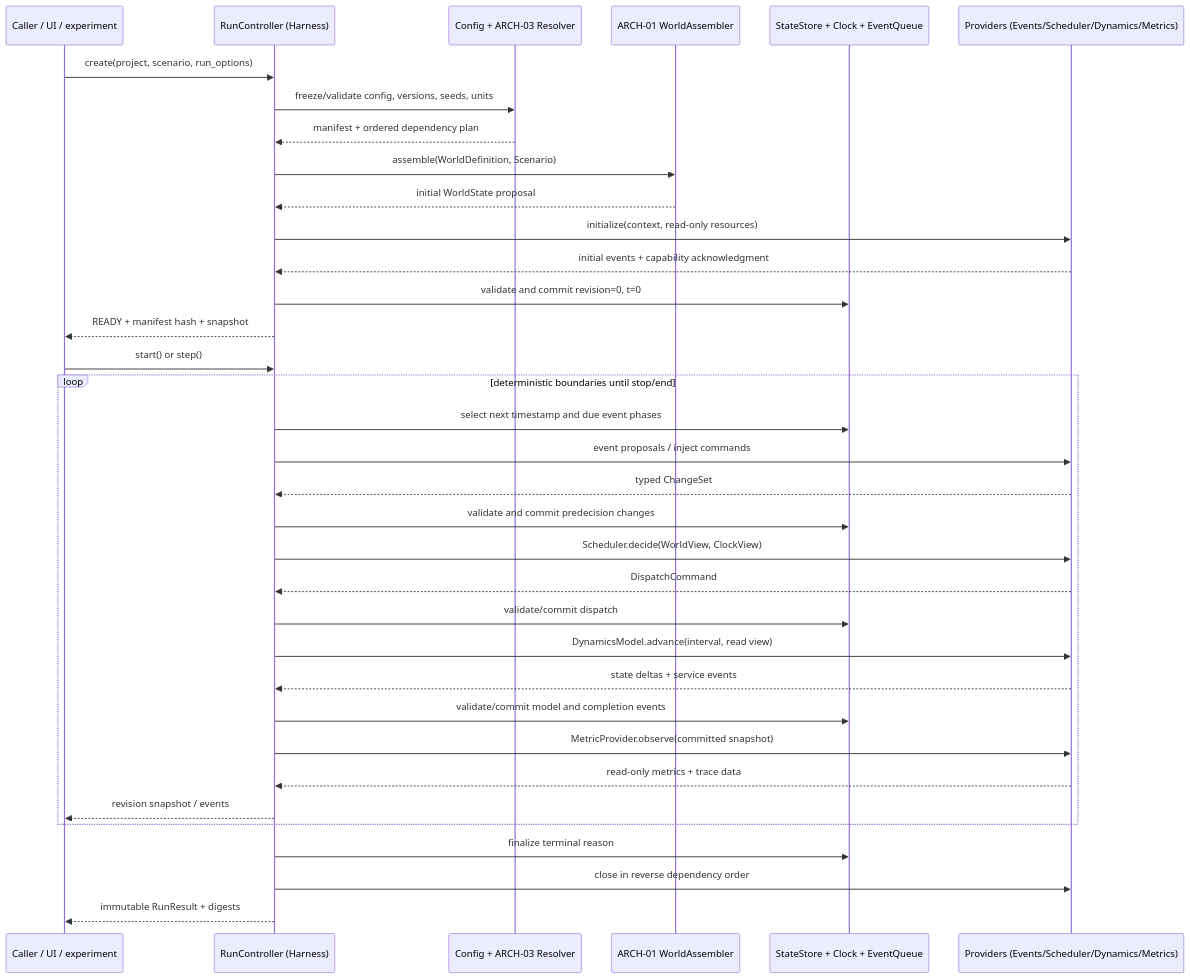
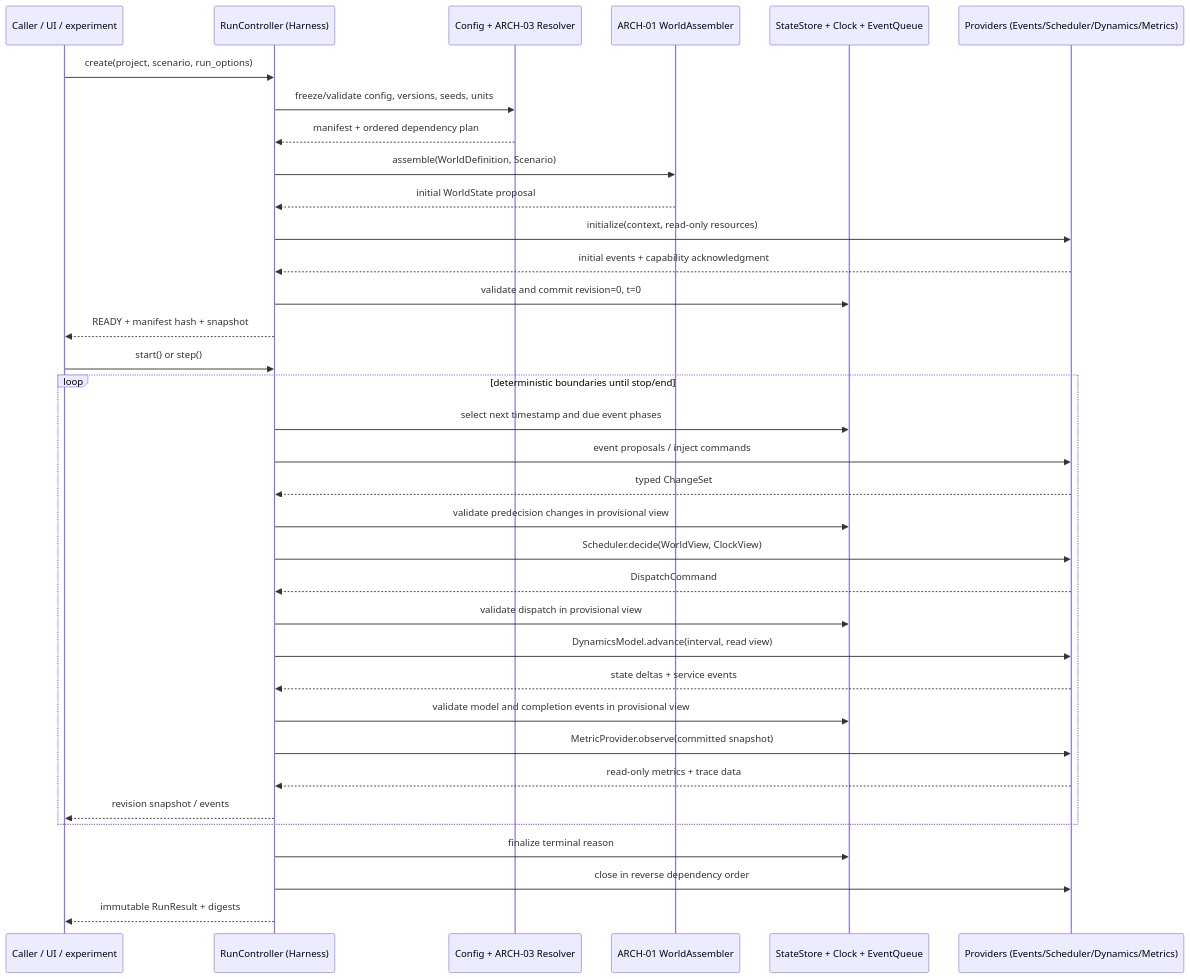
The diagram in docs/platform/architecture/harness/RUNTIME_SEQUENCE.md (159357yangjun/SwarmBalance), drawn with Mermaid before and after one commit. The commit also changed other lines of this file, not shown here.

````diff
--- a/docs/platform/architecture/harness/RUNTIME_SEQUENCE.md
+++ b/docs/platform/architecture/harness/RUNTIME_SEQUENCE.md
@@ -7,37 +7,37 @@
 ```mermaid
 sequenceDiagram
   participant Client as Caller / UI / experiment
   participant H as RunController (Harness)
   participant R as Config + ARCH-03 Resolver
   participant W as ARCH-01 WorldAssembler
   participant S as StateStore + Clock + EventQueue
   participant P as Providers (Events/Scheduler/Dynamics/Metrics)
   Client->>H: create(project, scenario, run_options)
   H->>R: freeze/validate config, versions, seeds, units
   R-->>H: manifest + ordered dependency plan
   H->>W: assemble(WorldDefinition, Scenario)
   W-->>H: initial WorldState proposal
   H->>P: initialize(context, read-only resources)
   P-->>H: initial events + capability acknowledgment
   H->>S: validate and commit revision=0, t=0
   H-->>Client: READY + manifest hash + snapshot
   Client->>H: start() or step()
   loop deterministic boundaries until stop/end
     H->>S: select next timestamp and due event phases
     H->>P: event proposals / inject commands
     P-->>H: typed ChangeSet
-    H->>S: validate and commit predecision changes
+    H->>S: validate predecision changes in provisional view
     H->>P: Scheduler.decide(WorldView, ClockView)
     P-->>H: DispatchCommand
-    H->>S: validate/commit dispatch
+    H->>S: validate dispatch in provisional view
     H->>P: DynamicsModel.advance(interval, read view)
     P-->>H: state deltas + service events
-    H->>S: validate/commit model and completion events
+    H->>S: validate model and completion events in provisional view
     H->>P: MetricProvider.observe(committed snapshot)
     P-->>H: read-only metrics + trace data
     H-->>Client: revision snapshot / events
   end
   H->>S: finalize terminal reason
   H->>P: close in reverse dependency order
   H-->>Client: immutable RunResult + digests
 ```
````
